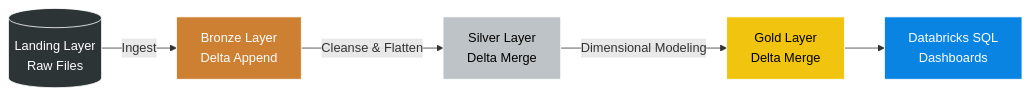
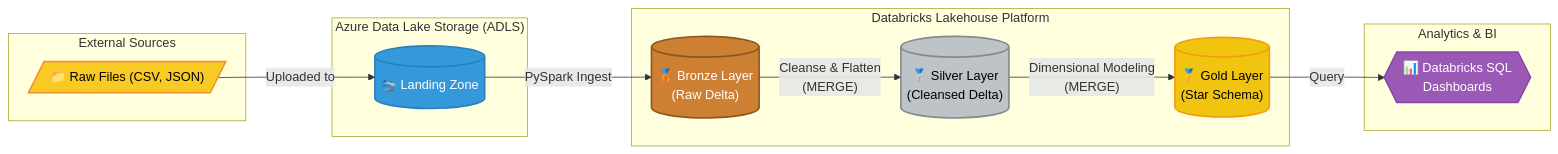
The first of 2 diagrams in README.md (Ganateja19/Formula1-project-incremental-load), drawn with Mermaid before and after one commit. The commit also changed other lines of this file, not shown here.

Commit message:
Upgrade mermaid diagrams with detailed styles and subgraphs

````diff
--- a/README.md
+++ b/README.md
@@ -29,13 +29,41 @@
 ```mermaid
-graph LR
-    A[(Landing Layer<br>Raw Files)] -->|Ingest| B[Bronze Layer<br>Delta Append]
-    B -->|Cleanse & Flatten| C[Silver Layer<br>Delta Merge]
-    C -->|Dimensional Modeling| D[Gold Layer<br>Delta Merge]
-    D --> E[Databricks SQL<br>Dashboards]
+flowchart LR
+    subgraph External["External Sources"]
+        A[/"📁 Raw Files (CSV, JSON)"/]
+    end
+
+    subgraph ADLS["Azure Data Lake Storage (ADLS)"]
+        B[("🛬 Landing Zone")]
+    end
+
+    subgraph Databricks["Databricks Lakehouse Platform"]
+        C[("🥉 Bronze Layer<br/>(Raw Delta)")]
+        D[("🥈 Silver Layer<br/>(Cleansed Delta)")]
+        E[("🥇 Gold Layer<br/>(Star Schema)")]
+    end
+
+    subgraph Consumption["Analytics & BI"]
+        F{{"📊 Databricks SQL<br/>Dashboards"}}
+    end
+
+    A -- "Uploaded to" --> B
+    B -- "PySpark Ingest" --> C
+    C -- "Cleanse & Flatten<br/>(MERGE)" --> D
+    D -- "Dimensional Modeling<br/>(MERGE)" --> E
+    E -- "Query" --> F
+
+    %% Styling
+    classDef source fill:#f9ca24,stroke:#f0932b,stroke-width:2px,color:#000
+    classDef storage fill:#3498db,stroke:#2980b9,stroke-width:2px,color:#fff
+    classDef bronze fill:#cd7f32,stroke:#8c5622,stroke-width:2px,color:#fff
+    classDef silver fill:#bdc3c7,stroke:#7f8c8d,stroke-width:2px,color:#000
+    classDef gold fill:#f1c40f,stroke:#f39c12,stroke-width:2px,color:#000
+    classDef bi fill:#9b59b6,stroke:#8e44ad,stroke-width:2px,color:#fff
     
-    style A fill:#2d3436,color:#fff,stroke:#fff
-    style B fill:#cd7f32,color:#fff,stroke:#fff
-    style C fill:#bdc3c7,color:#000,stroke:#fff
-    style D fill:#f1c40f,color:#000,stroke:#fff
-    style E fill:#0984e3,color:#fff,stroke:#fff
+    class A source
+    class B storage
+    class C bronze
+    class D silver
+    class E gold
+    class F bi
 ```
````
